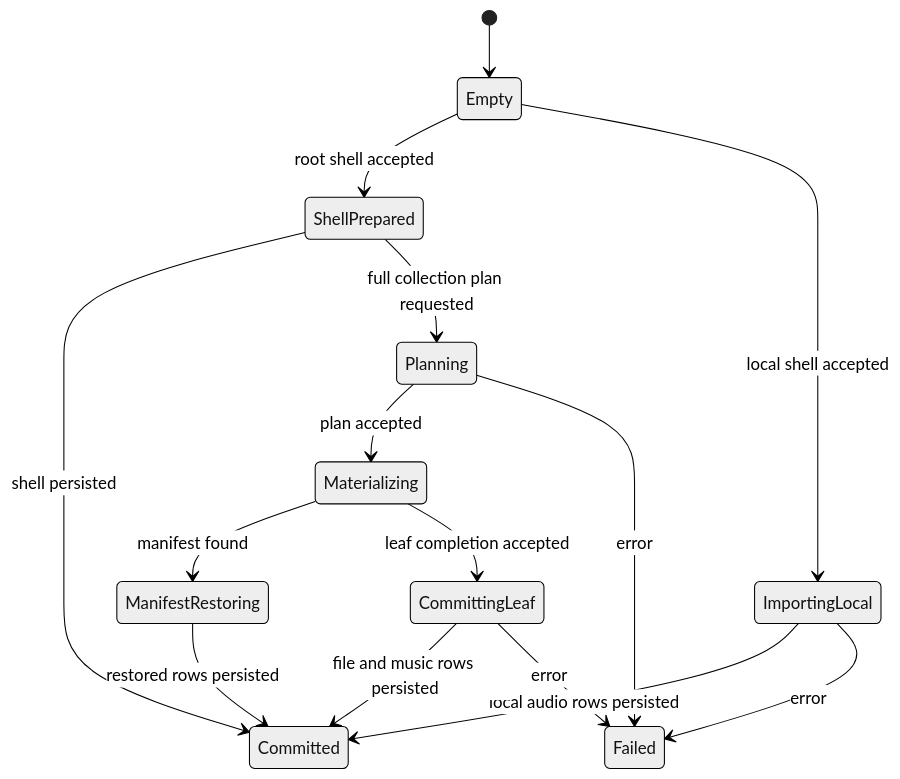
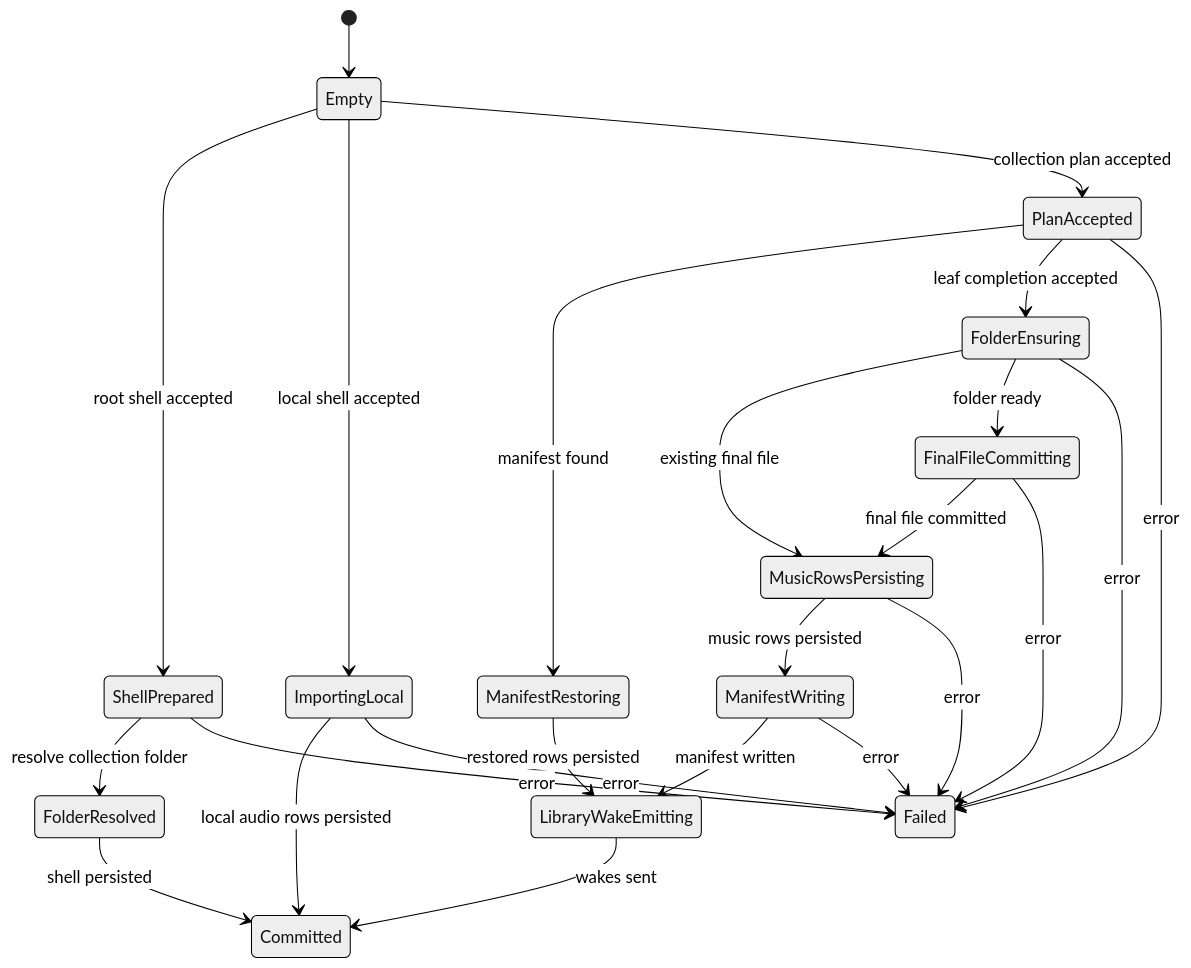
One commit to GrahLnn/slisic changed diagram 11 of 19 in docs/project-behavior.design.md. Above: the diagram before and after it, drawn with Mermaid (neutral theme). The commit also changed other lines of this file and 19 other files, not shown here.

````diff
--- a/docs/project-behavior.design.md
+++ b/docs/project-behavior.design.md
@@ -2349,17 +2529,28 @@
 ```mermaid
 stateDiagram-v2
   [*] --> Empty
   Empty --> ShellPrepared: root shell accepted
-  ShellPrepared --> Committed: shell persisted
+  ShellPrepared --> FolderResolved: resolve collection folder
+  FolderResolved --> Committed: shell persisted
   Empty --> ImportingLocal: local shell accepted
   ImportingLocal --> Committed: local audio rows persisted
   ImportingLocal --> Failed: error
-  ShellPrepared --> Planning: full collection plan requested
-  Planning --> Materializing: plan accepted
-  Materializing --> ManifestRestoring: manifest found
-  ManifestRestoring --> Committed: restored rows persisted
-  Materializing --> CommittingLeaf: leaf completion accepted
-  CommittingLeaf --> Committed: file and music rows persisted
-  Planning --> Failed: error
-  CommittingLeaf --> Failed: error
+
+  Empty --> PlanAccepted: collection plan accepted
+  PlanAccepted --> ManifestRestoring: manifest found
+  ManifestRestoring --> LibraryWakeEmitting: restored rows persisted
+  PlanAccepted --> FolderEnsuring: leaf completion accepted
+  FolderEnsuring --> MusicRowsPersisting: existing final file
+  FolderEnsuring --> FinalFileCommitting: folder ready
+  FinalFileCommitting --> MusicRowsPersisting: final file committed
+  MusicRowsPersisting --> ManifestWriting: music rows persisted
+  ManifestWriting --> LibraryWakeEmitting: manifest written
+  LibraryWakeEmitting --> Committed: wakes sent
+
+  ShellPrepared --> Failed: error
+  PlanAccepted --> Failed: error
+  FolderEnsuring --> Failed: error
+  FinalFileCommitting --> Failed: error
+  MusicRowsPersisting --> Failed: error
+  ManifestWriting --> Failed: error
 ```
````
